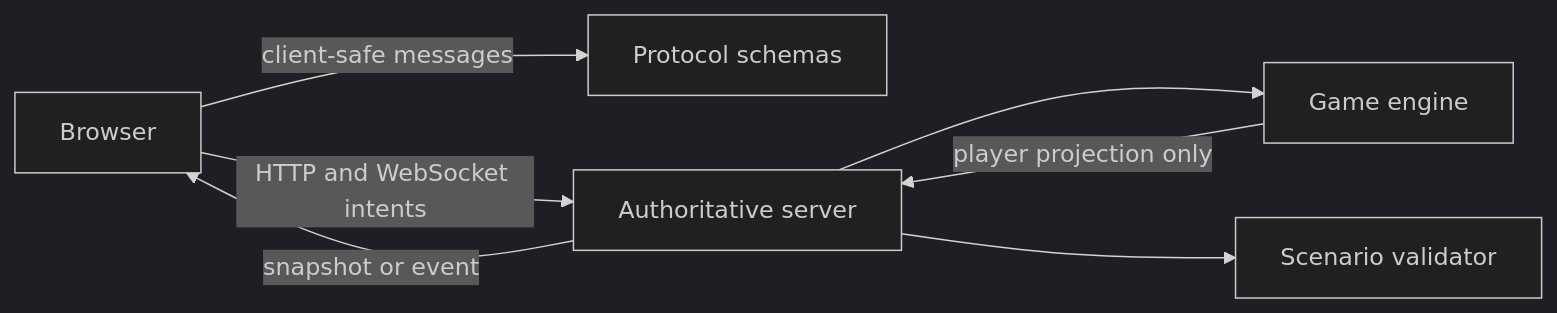
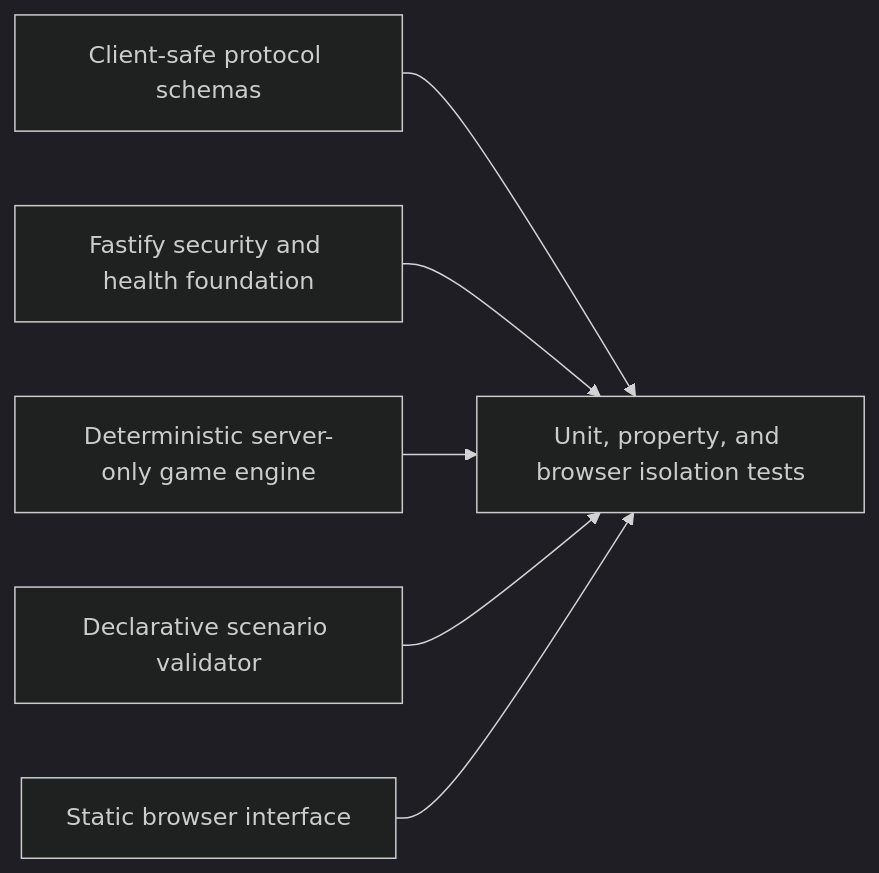
Before and after one commit to Oexyz/signal-lost: the diagram in docs/ARCHITECTURE.md, drawn with Mermaid (dark theme). The commit also changed other lines of this file and 13 other files, not shown here.

````diff
--- a/docs/ARCHITECTURE.md
+++ b/docs/ARCHITECTURE.md
@@ -5,9 +5,14 @@
 ```mermaid
 flowchart LR
-    B[Browser] -->|client-safe messages| P[Protocol schemas]
-    B -->|HTTP and WebSocket intents| S[Authoritative server]
-    S --> E[Game engine]
-    S --> V[Scenario validator]
-    E -->|player projection only| S
-    S -->|snapshot or event| B
+    W[Static browser interface]
+    P[Client-safe protocol schemas]
+    S[Fastify security and health foundation]
+    E[Deterministic server-only game engine]
+    V[Declarative scenario validator]
+    T[Unit, property, and browser isolation tests]
+    P --> T
+    S --> T
+    E --> T
+    V --> T
+    W --> T
 ```
````
